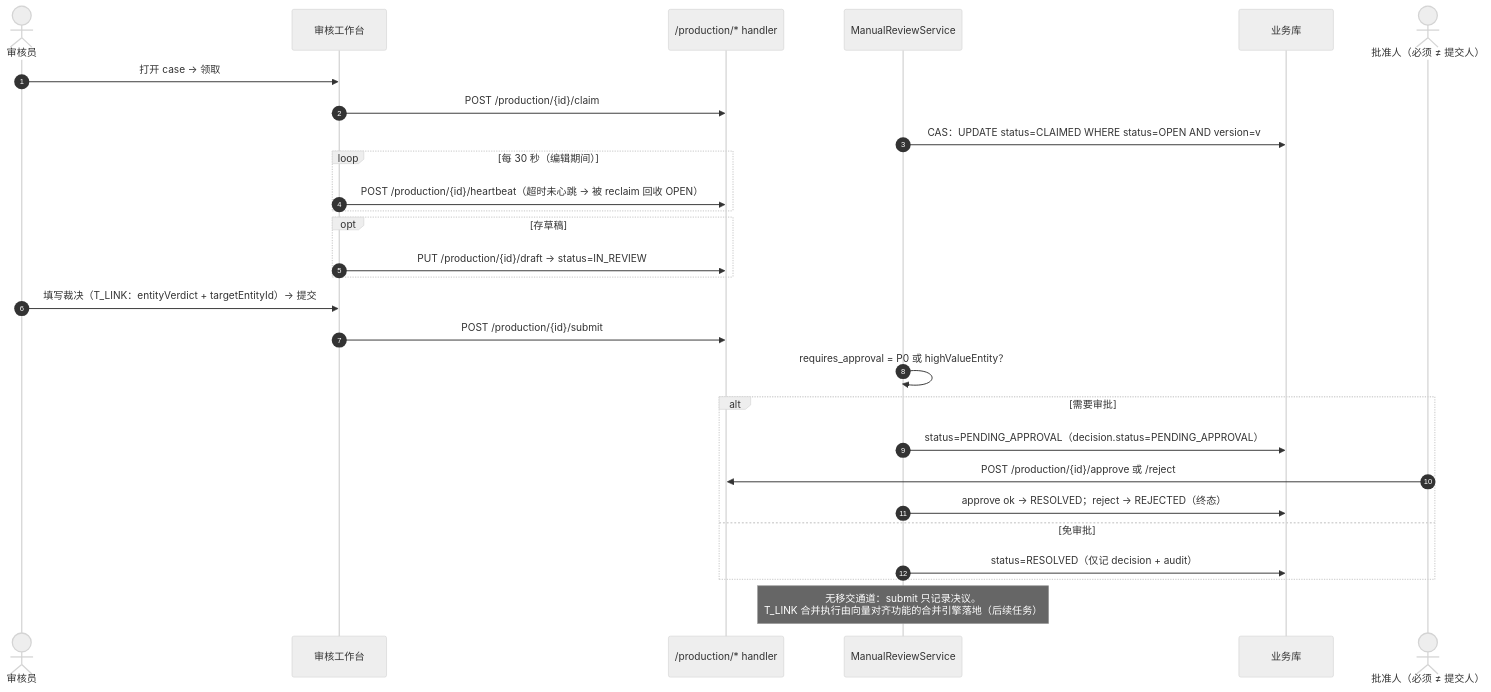
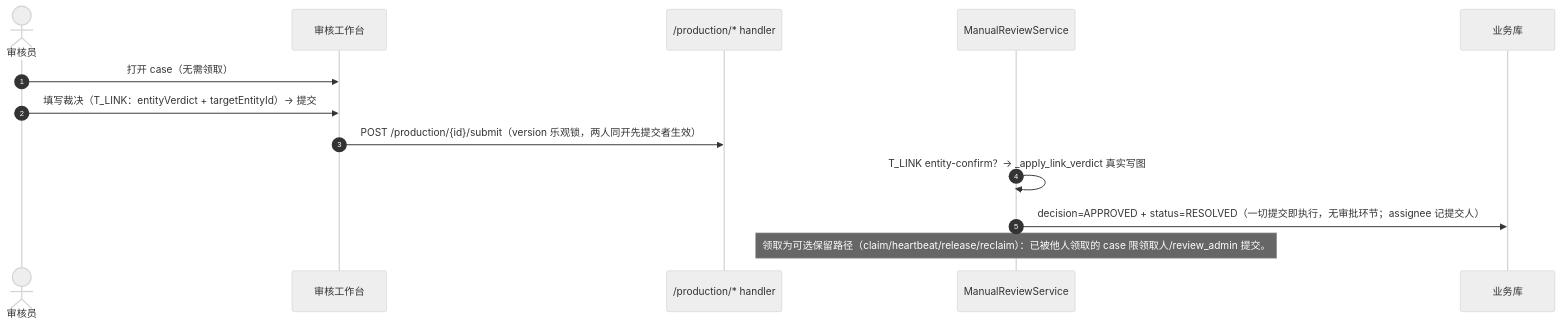
One commit to Marisolebxf/tech-kg-api changed the second of 4 diagrams in docs/人工审核模块.md. Above: the diagram before and after it, drawn with Mermaid (neutral theme). The commit also changed other lines of this file and 13 other files, not shown here.

First line of the commit message:
feat(review): 人工审核改直审模式——打开即可裁决，一切提交即执行

````diff
--- a/docs/人工审核模块.md
+++ b/docs/人工审核模块.md
@@ -138,31 +138,16 @@
 ```mermaid
 sequenceDiagram
     autonumber
     actor R as 审核员
     participant FE as 审核工作台
     participant API as /production/* handler
     participant SVC as ManualReviewService
     participant DB as 业务库
 
-    R->>FE: 打开 case → 领取
-    FE->>API: POST /production/{id}/claim
-    SVC->>DB: CAS：UPDATE status=CLAIMED WHERE status=OPEN AND version=v
-    loop 每 30 秒（编辑期间）
-        FE->>API: POST /production/{id}/heartbeat（超时未心跳 → 被 reclaim 回收 OPEN）
-    end
-    opt 存草稿
-        FE->>API: PUT /production/{id}/draft → status=IN_REVIEW
-    end
+    R->>FE: 打开 case（无需领取）
     R->>FE: 填写裁决（T_LINK：entityVerdict + targetEntityId）→ 提交
-    FE->>API: POST /production/{id}/submit
-    SVC->>SVC: requires_approval = P0 或 highValueEntity？
-    alt 需要审批
-        SVC->>DB: status=PENDING_APPROVAL（decision.status=PENDING_APPROVAL）
-        actor A as 批准人（必须 ≠ 提交人）
-        A->>API: POST /production/{id}/approve 或 /reject
-        SVC->>DB: approve ok → RESOLVED；reject → REJECTED（终态）
-    else 免审批
-        SVC->>DB: status=RESOLVED（仅记 decision + audit）
-    end
-    note over SVC: 无移交通道：submit 只记录决议。<br/>T_LINK 合并执行由向量对齐功能的合并引擎落地（后续任务）
+    FE->>API: POST /production/{id}/submit（version 乐观锁，两人同开先提交者生效）
+    SVC->>SVC: T_LINK entity-confirm？→ _apply_link_verdict 真实写图
+    SVC->>DB: decision=APPROVED + status=RESOLVED（一切提交即执行，无审批环节；assignee 记提交人）
+    note over SVC: 领取为可选保留路径（claim/heartbeat/release/reclaim）：已被他人领取的 case 限领取人/review_admin 提交。
 ```
````
